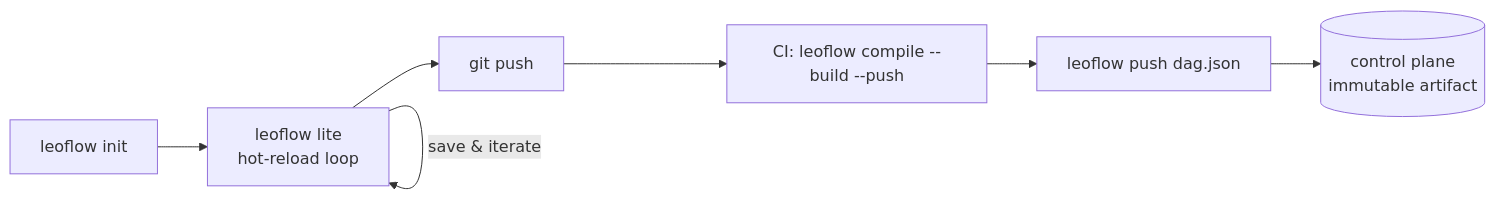
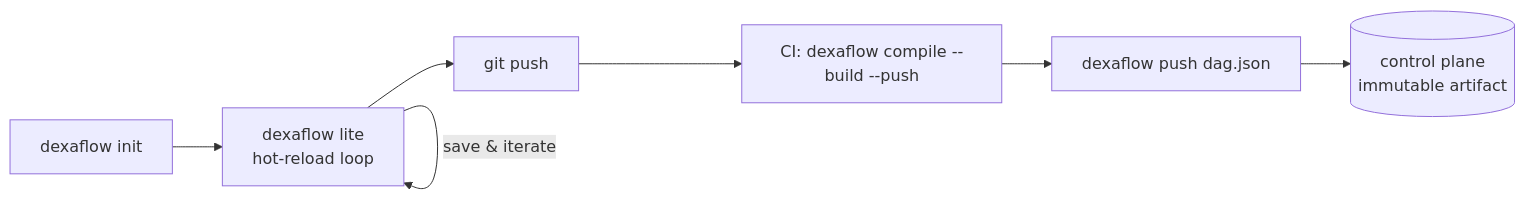
The diagram in website/content/author-dags/dag-authoring.md (dexadata/dexaflow), drawn with Mermaid before and after one commit. The commit also changed other lines of this file and 277 other files, not shown here.

Commit message:
docs: Dexaflow in the docs and README, with the name history and the leoflow compatibility note

````diff
--- a/website/content/author-dags/dag-authoring.md
+++ b/website/content/author-dags/dag-authoring.md
@@ -316,9 +316,9 @@
 ```mermaid
 flowchart LR
-  I[leoflow init] --> D[leoflow lite<br/>hot-reload loop]
+  I[dexaflow init] --> D[dexaflow lite<br/>hot-reload loop]
   D -->|save & iterate| D
   D --> G[git push]
-  G --> CI[CI: leoflow compile --build --push]
-  CI --> REG[leoflow push dag.json]
+  G --> CI[CI: dexaflow compile --build --push]
+  CI --> REG[dexaflow push dag.json]
   REG --> PROD[(control plane<br/>immutable artifact)]
 ```
````
